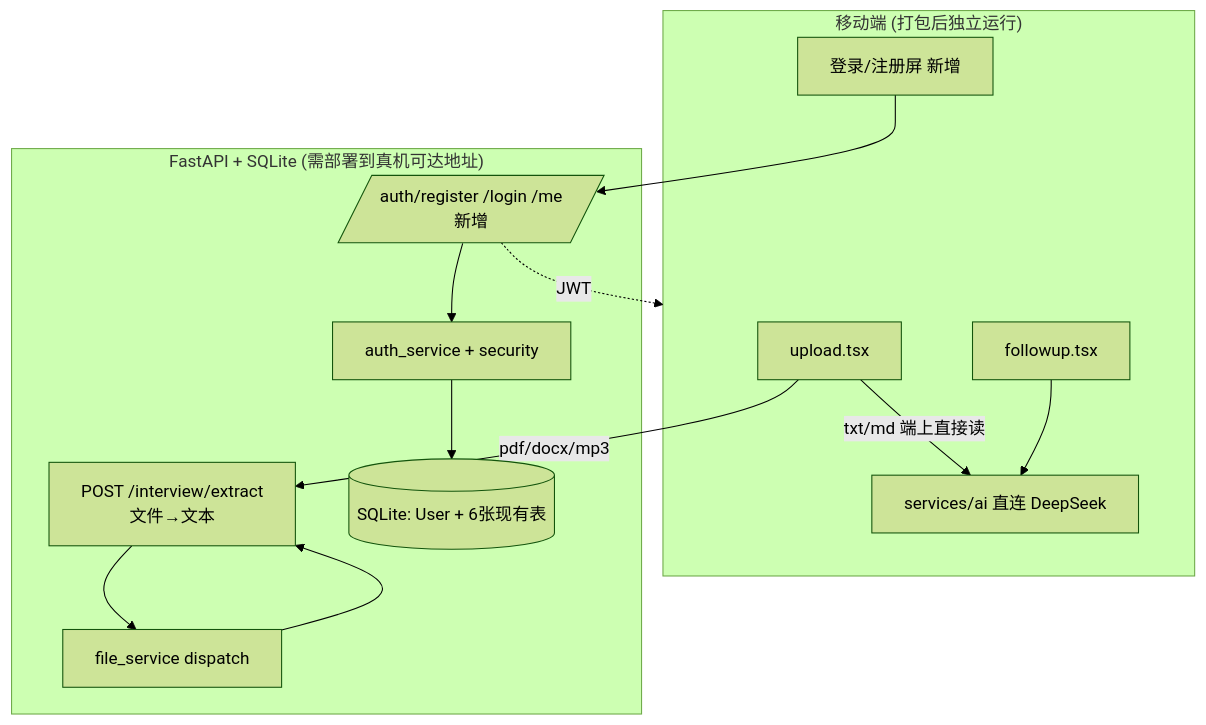
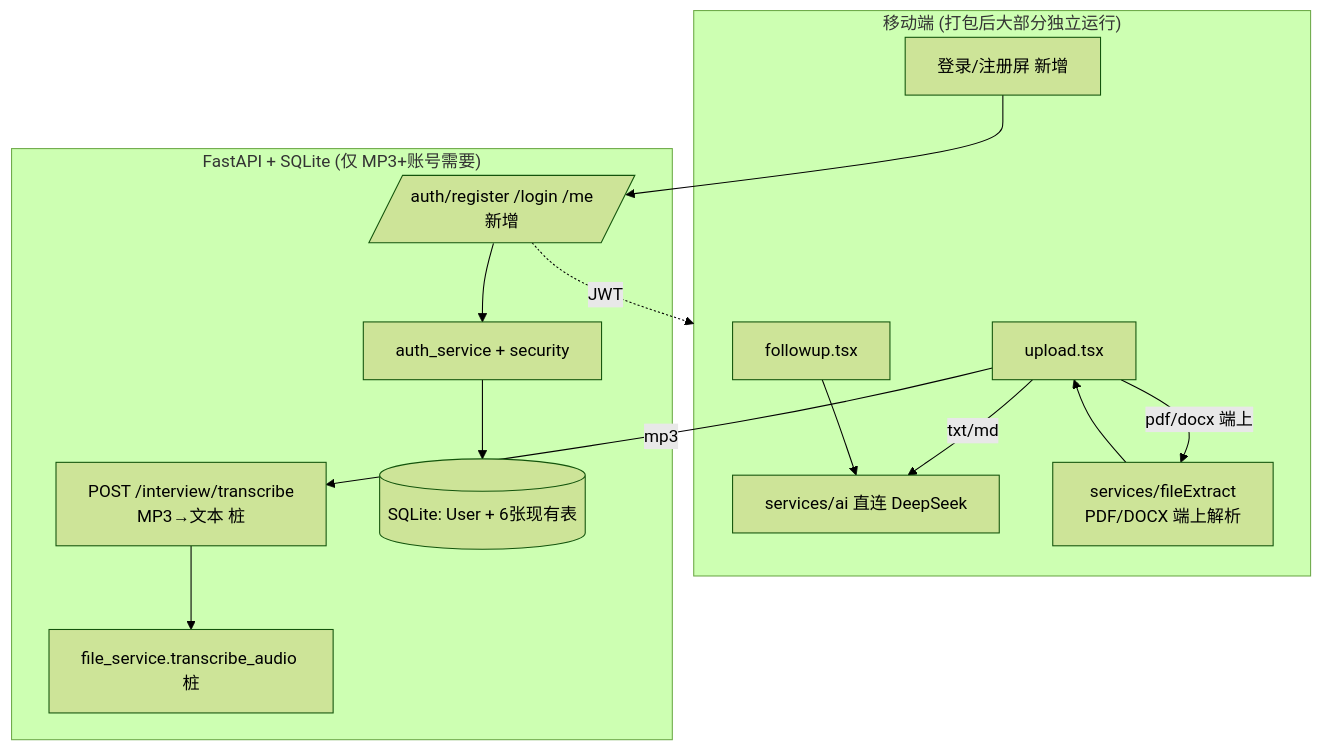
One commit to DoubleCore/AICareerTutor changed the diagram in .spec-workflow/specs/backend-feature-optimization/design.md. Above: the diagram before and after it, drawn with Mermaid (forest theme). The commit also changed other lines of this file and 2 other files, not shown here.

First line of the commit message:
docs(spec): 文件解析改为分治架构(PDF/DOCX 端上 + MP3 后端)

````diff
--- a/.spec-workflow/specs/backend-feature-optimization/design.md
+++ b/.spec-workflow/specs/backend-feature-optimization/design.md
@@ -45,23 +47,25 @@
 ```mermaid
 graph TD
-    subgraph App["移动端 (打包后独立运行)"]
+    subgraph App["移动端 (打包后大部分独立运行)"]
         Upload[upload.tsx]
         Followup[followup.tsx]
         AILayer[services/ai 直连 DeepSeek]
+        FileExtract[services/fileExtract<br/>PDF/DOCX 端上解析]
         AuthUI[登录/注册屏 新增]
     end
-    subgraph Backend["FastAPI + SQLite (需部署到真机可达地址)"]
-        Extract[POST /interview/extract<br/>文件→文本]
+    subgraph Backend["FastAPI + SQLite (仅 MP3+账号需要)"]
+        Transcribe[POST /interview/transcribe<br/>MP3→文本 桩]
         Auth[/auth/register /login /me<br/>新增/]
-        FileSvc[file_service dispatch]
+        FileSvc[file_service.transcribe_audio 桩]
         AuthSvc[auth_service + security]
         DB[(SQLite: User + 6张现有表)]
     end
 
-    Upload -->|txt/md 端上直接读| AILayer
-    Upload -->|pdf/docx/mp3| Extract
-    Extract --> FileSvc --> Extract
+    Upload -->|txt/md| AILayer
+    Upload -->|pdf/docx 端上| FileExtract --> Upload
+    Upload -->|mp3| Transcribe
+    Transcribe --> FileSvc
     Followup --> AILayer
     AuthUI --> Auth --> AuthSvc --> DB
     Auth -.JWT.-> App
 ```
````
